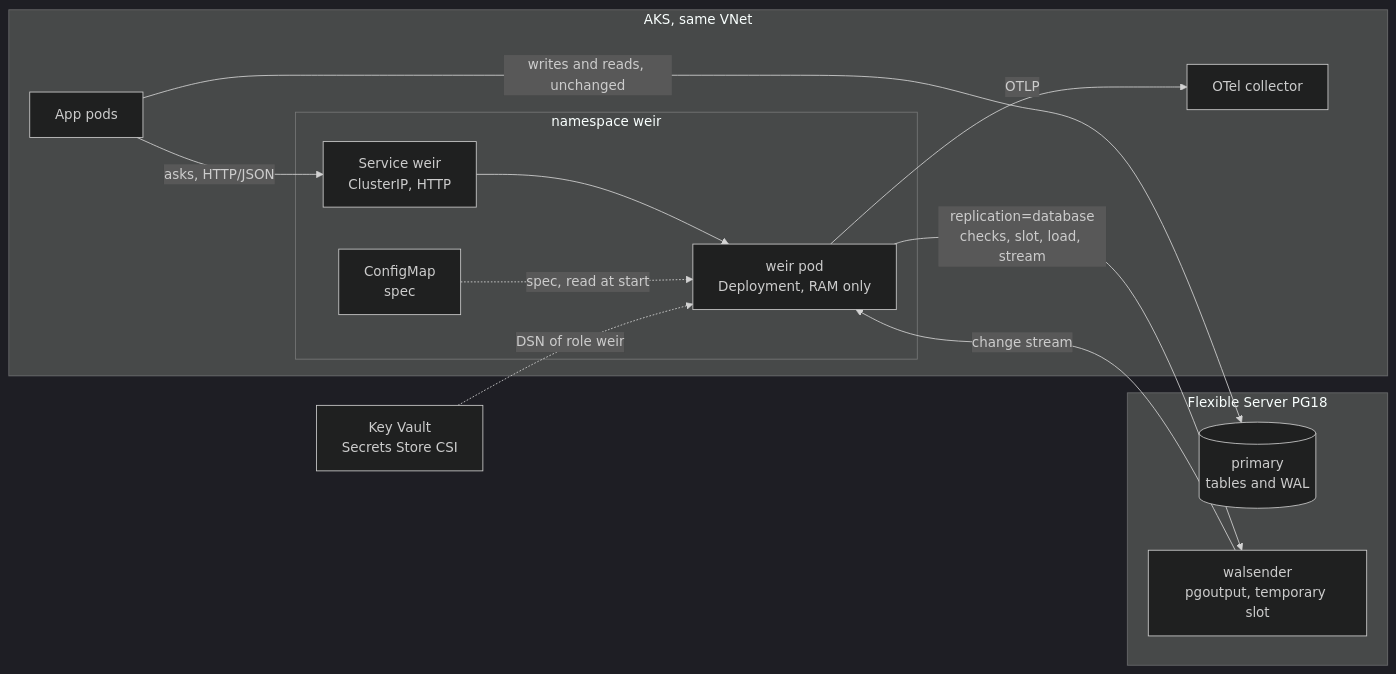
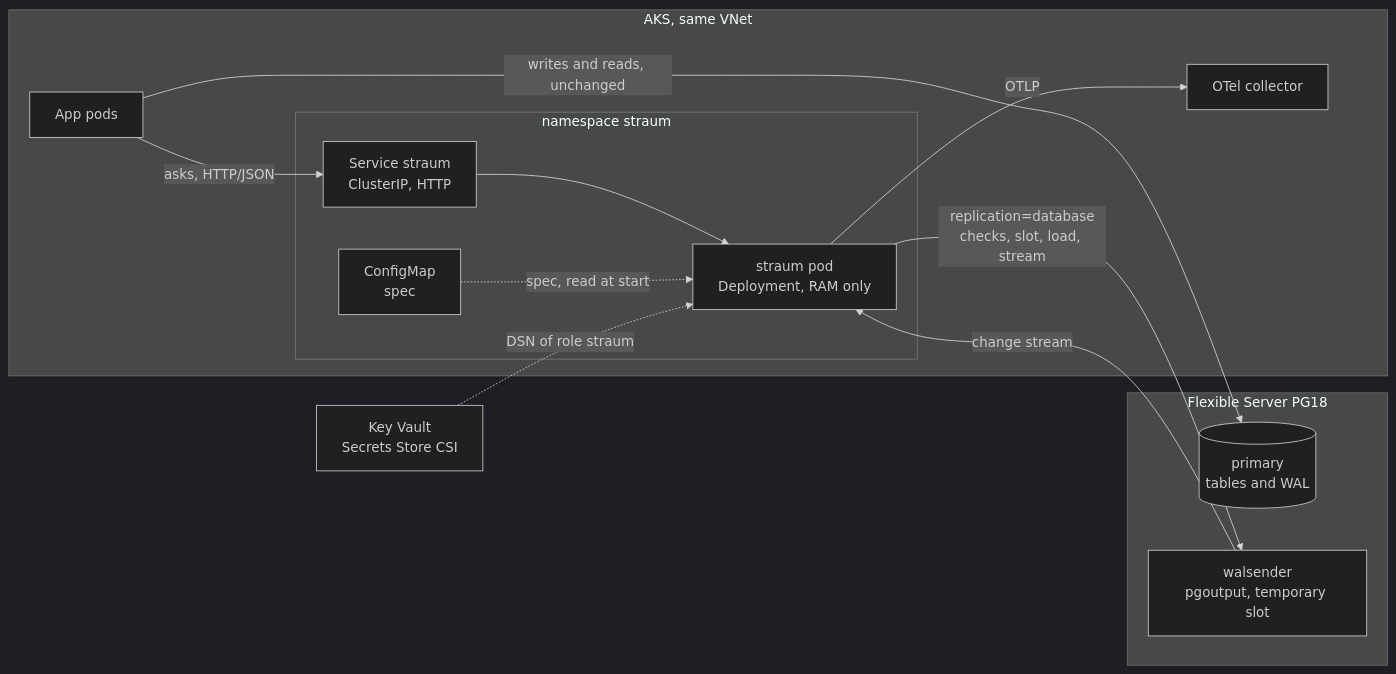
The fourth of 5 diagrams in research/ARCHITECTURE.md (janbjorge/straum), drawn with Mermaid (dark theme) before and after one commit. The commit also changed other lines of this file and 93 other files, not shown here.

````diff
--- a/research/ARCHITECTURE.md
+++ b/research/ARCHITECTURE.md
@@ -372,25 +372,25 @@
 ```mermaid
 flowchart LR
   subgraph AKS["AKS, same VNet"]
     app["App pods"]
-    subgraph ns["namespace weir"]
-      svc["Service weir<br/>ClusterIP, HTTP"]
-      weir["weir pod<br/>Deployment, RAM only"]
+    subgraph ns["namespace straum"]
+      svc["Service straum<br/>ClusterIP, HTTP"]
+      straum["straum pod<br/>Deployment, RAM only"]
       cm["ConfigMap<br/>spec"]
     end
     otel["OTel collector"]
   end
   subgraph AZ["Flexible Server PG18"]
     pg[("primary<br/>tables and WAL")]
     ws["walsender<br/>pgoutput, temporary slot"]
   end
   kv["Key Vault<br/>Secrets Store CSI"]
 
   app -- "writes and reads, unchanged" --> pg
-  app -- "asks, HTTP/JSON" --> svc --> weir
-  cm -. "spec, read at start" .-> weir
-  weir -- "replication=database<br/>checks, slot, load, stream" --> ws
-  ws -- "change stream" --> weir
-  weir -- "OTLP" --> otel
-  kv -. "DSN of role weir" .-> weir
+  app -- "asks, HTTP/JSON" --> svc --> straum
+  cm -. "spec, read at start" .-> straum
+  straum -- "replication=database<br/>checks, slot, load, stream" --> ws
+  ws -- "change stream" --> straum
+  straum -- "OTLP" --> otel
+  kv -. "DSN of role straum" .-> straum
 ```
````
